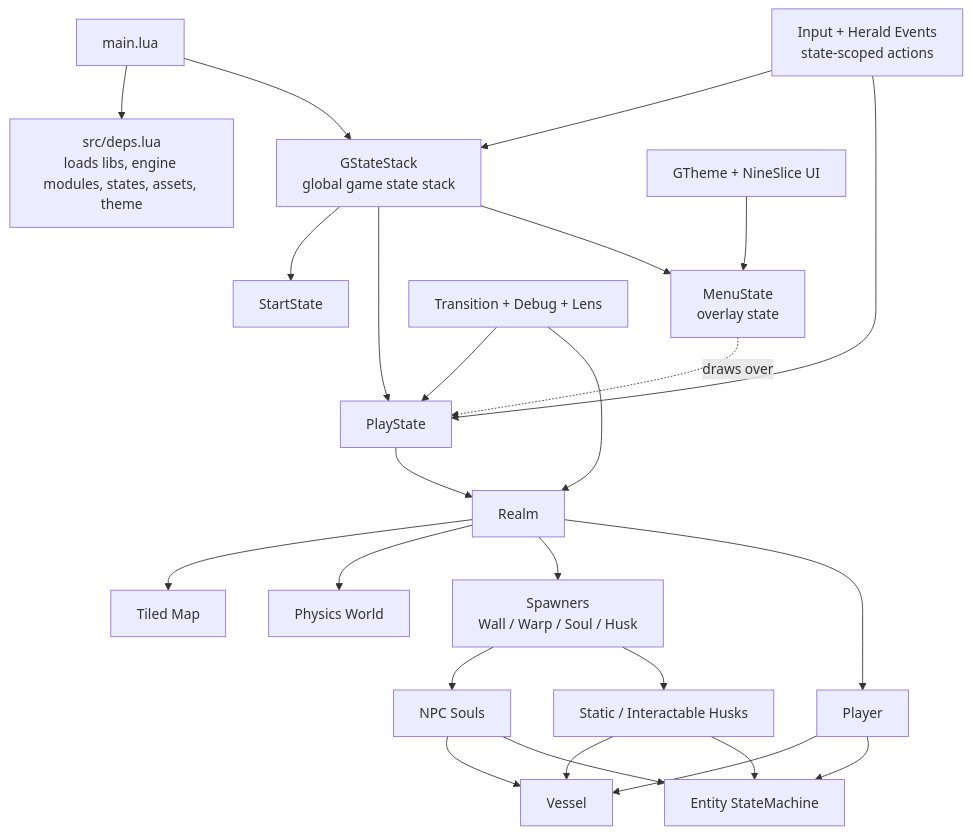
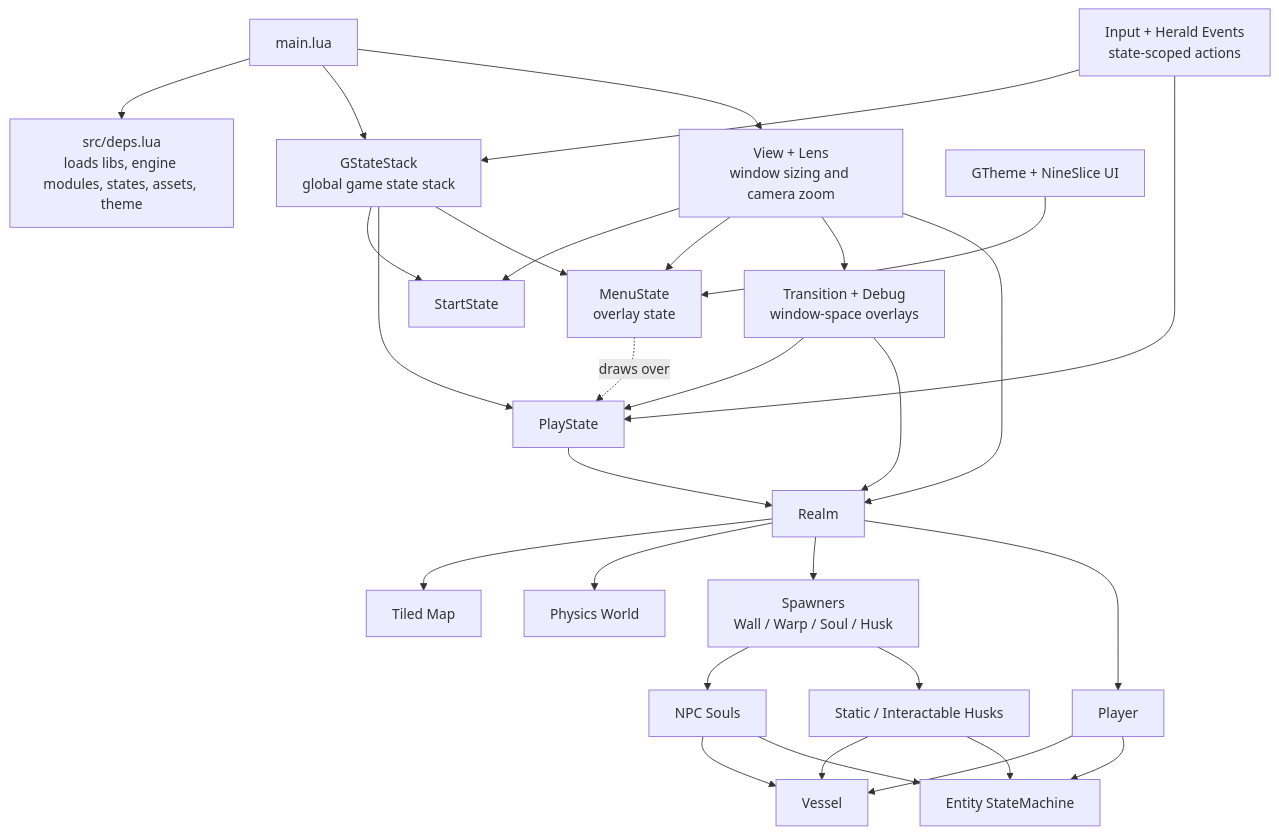
The diagram in README.md (zchrysaylor/dalbit-ninja), drawn with Mermaid before and after one commit. The commit also changed 26 other files, not shown here.

````diff
--- a/README.md
+++ b/README.md
@@ -13,33 +13,38 @@
 ```mermaid
 flowchart TD
 	A[main.lua] --> B[src/deps.lua<br/>loads libs, engine modules, states, assets, theme]
 	A --> C[GStateStack<br/>global game state stack]
+	A --> U[View + Lens<br/>window sizing and camera zoom]
 	C --> D[StartState]
 	C --> E[PlayState]
 	C --> F[MenuState<br/>overlay state]
 
 	G[Input + Herald Events<br/>state-scoped actions] --> C
 	G --> E
-	H[Transition + Debug + Lens] --> E
+	U --> D
+	U --> F
+	H[Transition + Debug<br/>window-space overlays] --> E
+	U --> H
+	U --> I
 	H --> I[Realm]
 
 	E --> I[Realm]
 	F -.draws over.-> E
 
 	I --> J[Tiled Map]
 	I --> K[Physics World]
 	I --> L[Spawners<br/>Wall / Warp / Soul / Husk]
 	I --> M[Player]
 	L --> N[NPC Souls]
 	L --> O[Static / Interactable Husks]
 
 	M --> P[Vessel]
 	N --> P
 	O --> P
 
 	M --> Q[Entity StateMachine]
 	N --> Q
 	O --> Q
 
 	R[GTheme + NineSlice UI] --> F
 ```
````
